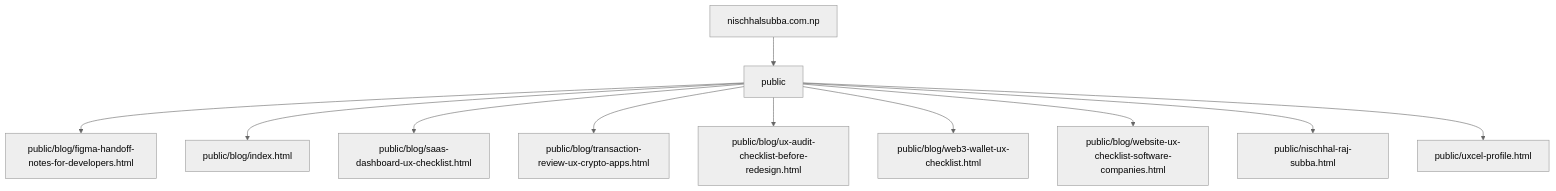
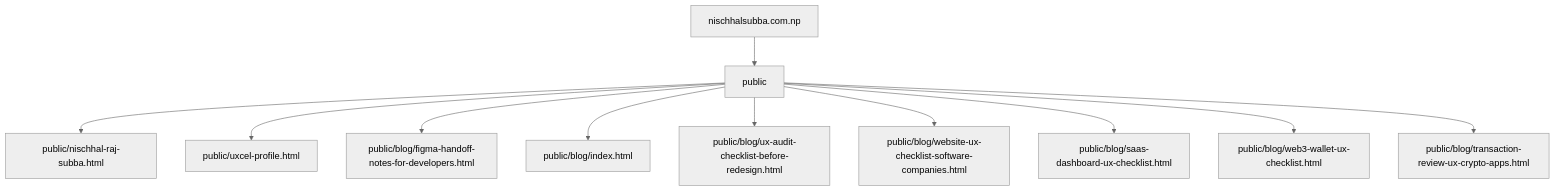
One commit to Nischhalsubba/nischhalsubba.com.np changed the second of 5 diagrams in README.md. Above: the diagram before and after it, drawn with Mermaid (neutral theme). The commit also changed other lines of this file, not shown here.

````diff
--- a/README.md
+++ b/README.md
@@ -51,14 +92,14 @@
 ```mermaid
 flowchart TD
     APP["nischhalsubba.com.np"]
     APP --> R0["public"]
-    R0 --> F0["public/blog/figma-handoff-notes-for-developers.html"]
-    R0 --> F1["public/blog/index.html"]
-    R0 --> F2["public/blog/saas-dashboard-ux-checklist.html"]
-    R0 --> F3["public/blog/transaction-review-ux-crypto-apps.html"]
+    R0 --> F0["public/nischhal-raj-subba.html"]
+    R0 --> F1["public/uxcel-profile.html"]
+    R0 --> F2["public/blog/figma-handoff-notes-for-developers.html"]
+    R0 --> F3["public/blog/index.html"]
     R0 --> F4["public/blog/ux-audit-checklist-before-redesign.html"]
-    R0 --> F5["public/blog/web3-wallet-ux-checklist.html"]
-    R0 --> F6["public/blog/website-ux-checklist-software-companies.html"]
-    R0 --> F7["public/nischhal-raj-subba.html"]
-    R0 --> F8["public/uxcel-profile.html"]
+    R0 --> F5["public/blog/website-ux-checklist-software-companies.html"]
+    R0 --> F6["public/blog/saas-dashboard-ux-checklist.html"]
+    R0 --> F7["public/blog/web3-wallet-ux-checklist.html"]
+    R0 --> F8["public/blog/transaction-review-ux-crypto-apps.html"]
 ```
````
